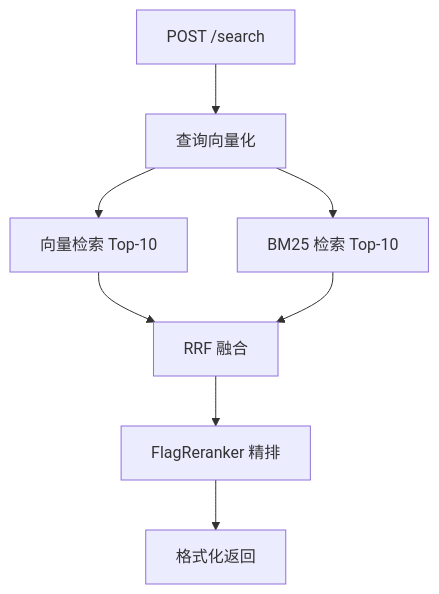
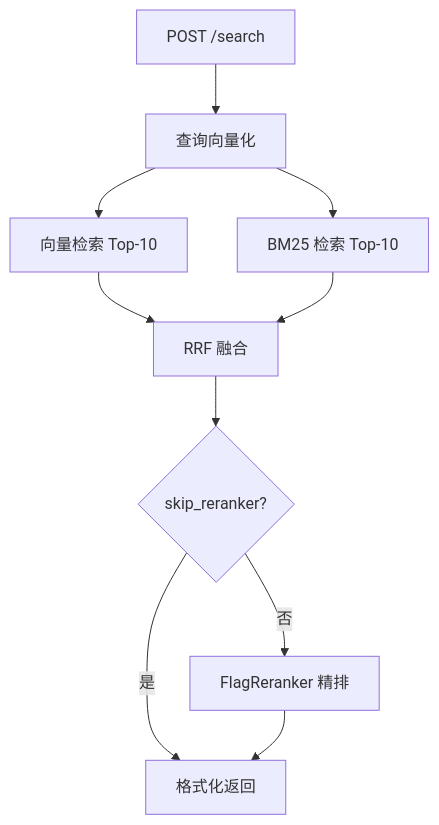
One commit to suimochuansheng/rag-ingest-gateway changed the second of 2 diagrams in README.md. Above: the diagram before and after it, drawn with Mermaid. The commit also changed other lines of this file and 3 other files, not shown here.

Commit message:
feat(search): 支持 skip_reranker 跳过网关精排 + BM25 查询改 OR 语义 + README 补检索接口文档

````diff
--- a/README.md
+++ b/README.md
@@ -79,10 +79,12 @@
 ```mermaid
 flowchart TD
     A[POST /search] --> B[查询向量化]
     B --> C[向量检索 Top-10]
     B --> D[BM25 检索 Top-10]
     C --> E[RRF 融合]
     D --> E
-    E --> F[FlagReranker 精排]
+    E --> SK{skip_reranker?}
+    SK -->|否| F[FlagReranker 精排]
+    SK -->|是| G
     F --> G[格式化返回]
 ```
````
